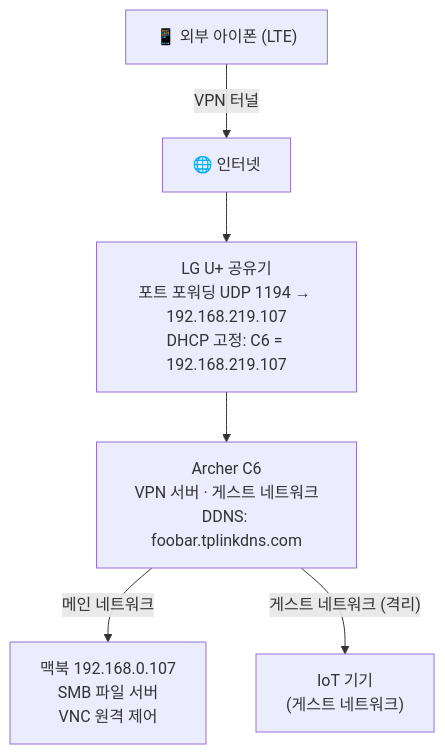
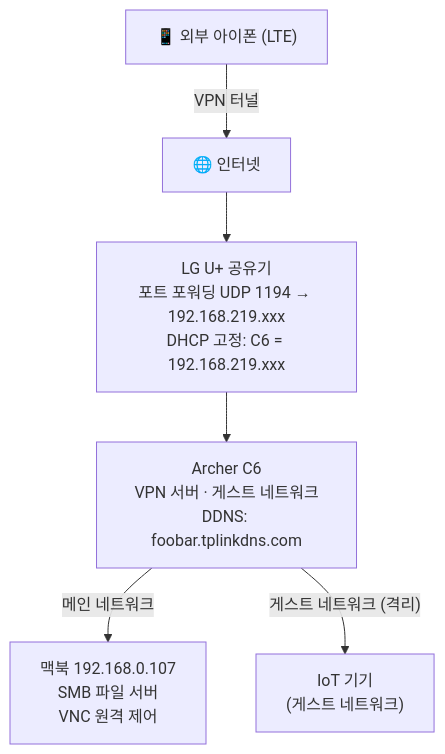
One commit to samcho0608/samcho0608.github.io changed the diagram in content/ko/tech/router-vpn-03.md. Above: the diagram before and after it, drawn with Mermaid. The commit also changed other lines of this file, not shown here.

````diff
--- a/content/ko/tech/router-vpn-03.md
+++ b/content/ko/tech/router-vpn-03.md
@@ -129,15 +133,15 @@
 ```mermaid
 graph TD
     Internet["🌐 인터넷"]
-    LG["LG U+ 공유기<br/>포트 포워딩 UDP 1194 → 192.168.219.107<br/>DHCP 고정: C6 = 192.168.219.107"]
+    LG["LG U+ 공유기<br/>포트 포워딩 UDP 1194 → 192.168.219.xxx<br/>DHCP 고정: C6 = 192.168.219.xxx"]
     C6["Archer C6<br/>VPN 서버 · 게스트 네트워크<br/>DDNS: foobar.tplinkdns.com"]
     MacBook["맥북 192.168.0.107<br/>SMB 파일 서버<br/>VNC 원격 제어"]
     IoT["IoT 기기<br/>(게스트 네트워크)"]
     Outside["📱 외부 아이폰 (LTE)"]
 
     Internet --> LG
     LG --> C6
     C6 -->|"메인 네트워크"| MacBook
     C6 -->|"게스트 네트워크 (격리)"| IoT
     Outside -->|"VPN 터널"| Internet
 ```
````
